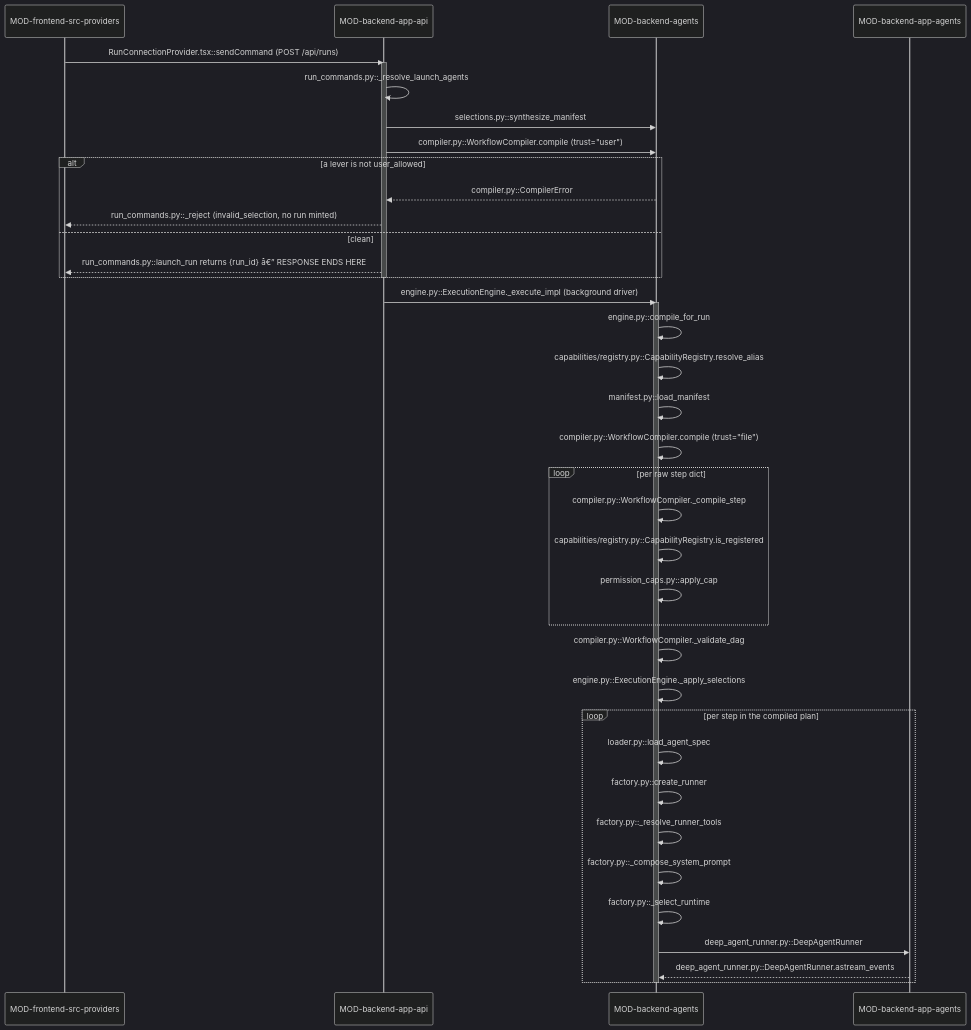
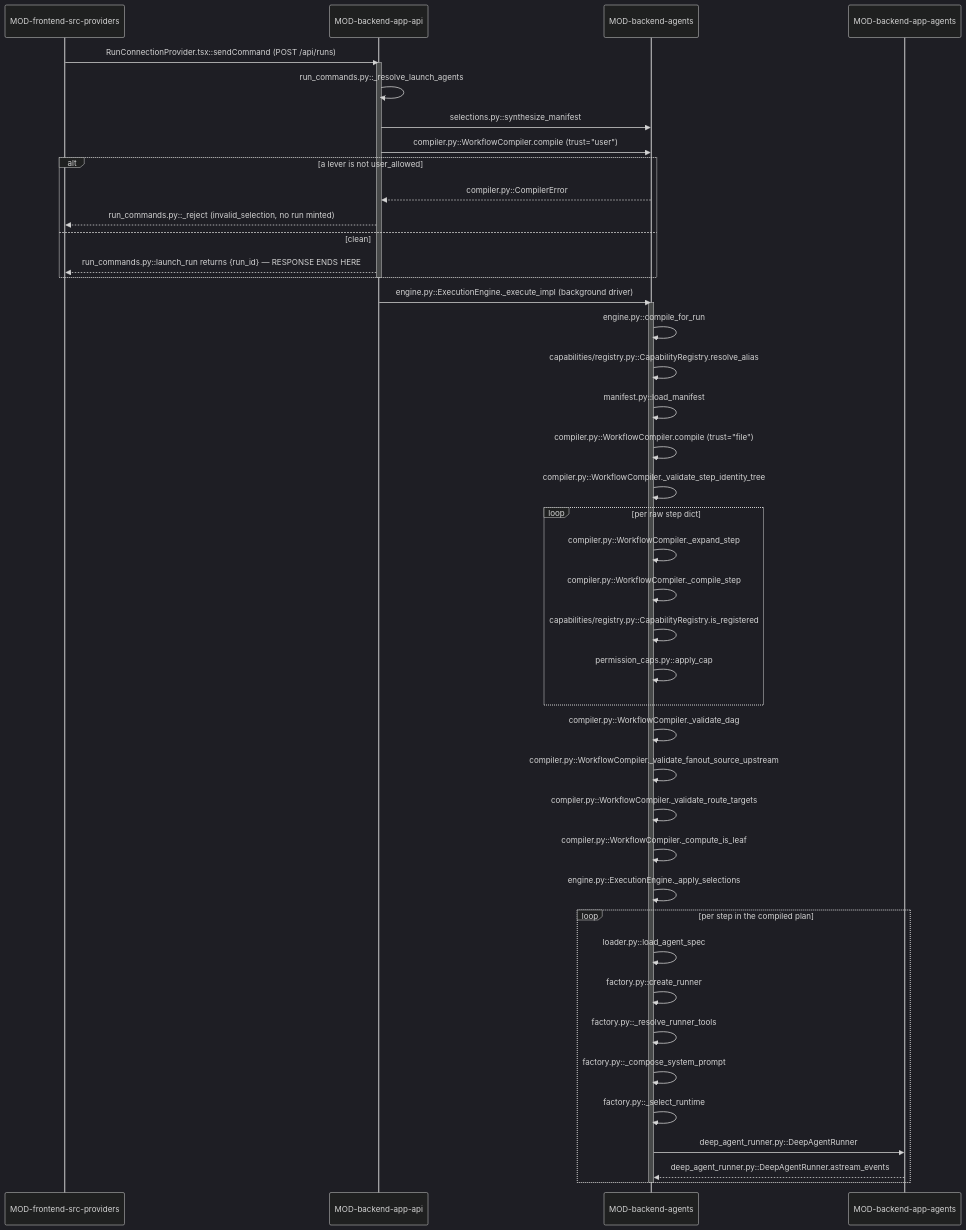
One commit to prateek-sinha7/IdeaFlowAI changed the second of 2 diagrams in .knowledge/architecture/DOMAIN-workflow-compilation.md. Above: the diagram before and after it, drawn with Mermaid (dark theme). The commit also changed other lines of this file and 4493 other files, not shown here.

````diff
--- a/.knowledge/architecture/DOMAIN-workflow-compilation.md
+++ b/.knowledge/architecture/DOMAIN-workflow-compilation.md
@@ -176,45 +250,50 @@
 ```mermaid
 sequenceDiagram
     participant MOD-frontend-src-providers
     participant MOD-backend-app-api
     participant MOD-backend-agents
     participant MOD-backend-app-agents
 
     MOD-frontend-src-providers->>MOD-backend-app-api: RunConnectionProvider.tsx::sendCommand (POST /api/runs)
     activate MOD-backend-app-api
     MOD-backend-app-api->>MOD-backend-app-api: run_commands.py::_resolve_launch_agents
     MOD-backend-app-api->>MOD-backend-agents: selections.py::synthesize_manifest
     MOD-backend-app-api->>MOD-backend-agents: compiler.py::WorkflowCompiler.compile (trust="user")
     alt a lever is not user_allowed
         MOD-backend-agents-->>MOD-backend-app-api: compiler.py::CompilerError
         MOD-backend-app-api-->>MOD-frontend-src-providers: run_commands.py::_reject (invalid_selection, no run minted)
     else clean
-        MOD-backend-app-api-->>MOD-frontend-src-providers: run_commands.py::launch_run returns {run_id} â€” RESPONSE ENDS HERE
+        MOD-backend-app-api-->>MOD-frontend-src-providers: run_commands.py::launch_run returns {run_id} — RESPONSE ENDS HERE
     end
     deactivate MOD-backend-app-api
 
     MOD-backend-app-api->>MOD-backend-agents: engine.py::ExecutionEngine._execute_impl (background driver)
     activate MOD-backend-agents
     MOD-backend-agents->>MOD-backend-agents: engine.py::compile_for_run
     MOD-backend-agents->>MOD-backend-agents: capabilities/registry.py::CapabilityRegistry.resolve_alias
     MOD-backend-agents->>MOD-backend-agents: manifest.py::load_manifest
     MOD-backend-agents->>MOD-backend-agents: compiler.py::WorkflowCompiler.compile (trust="file")
+    MOD-backend-agents->>MOD-backend-agents: compiler.py::WorkflowCompiler._validate_step_identity_tree
     loop per raw step dict
+        MOD-backend-agents->>MOD-backend-agents: compiler.py::WorkflowCompiler._expand_step
         MOD-backend-agents->>MOD-backend-agents: compiler.py::WorkflowCompiler._compile_step
         MOD-backend-agents->>MOD-backend-agents: capabilities/registry.py::CapabilityRegistry.is_registered
         MOD-backend-agents->>MOD-backend-agents: permission_caps.py::apply_cap
     end
     MOD-backend-agents->>MOD-backend-agents: compiler.py::WorkflowCompiler._validate_dag
+    MOD-backend-agents->>MOD-backend-agents: compiler.py::WorkflowCompiler._validate_fanout_source_upstream
+    MOD-backend-agents->>MOD-backend-agents: compiler.py::WorkflowCompiler._validate_route_targets
+    MOD-backend-agents->>MOD-backend-agents: compiler.py::WorkflowCompiler._compute_is_leaf
     MOD-backend-agents->>MOD-backend-agents: engine.py::ExecutionEngine._apply_selections
 
     loop per step in the compiled plan
         MOD-backend-agents->>MOD-backend-agents: loader.py::load_agent_spec
         MOD-backend-agents->>MOD-backend-agents: factory.py::create_runner
         MOD-backend-agents->>MOD-backend-agents: factory.py::_resolve_runner_tools
         MOD-backend-agents->>MOD-backend-agents: factory.py::_compose_system_prompt
         MOD-backend-agents->>MOD-backend-agents: factory.py::_select_runtime
         MOD-backend-agents->>MOD-backend-app-agents: deep_agent_runner.py::DeepAgentRunner
         MOD-backend-app-agents-->>MOD-backend-agents: deep_agent_runner.py::DeepAgentRunner.astream_events
     end
     deactivate MOD-backend-agents
 ```
````
